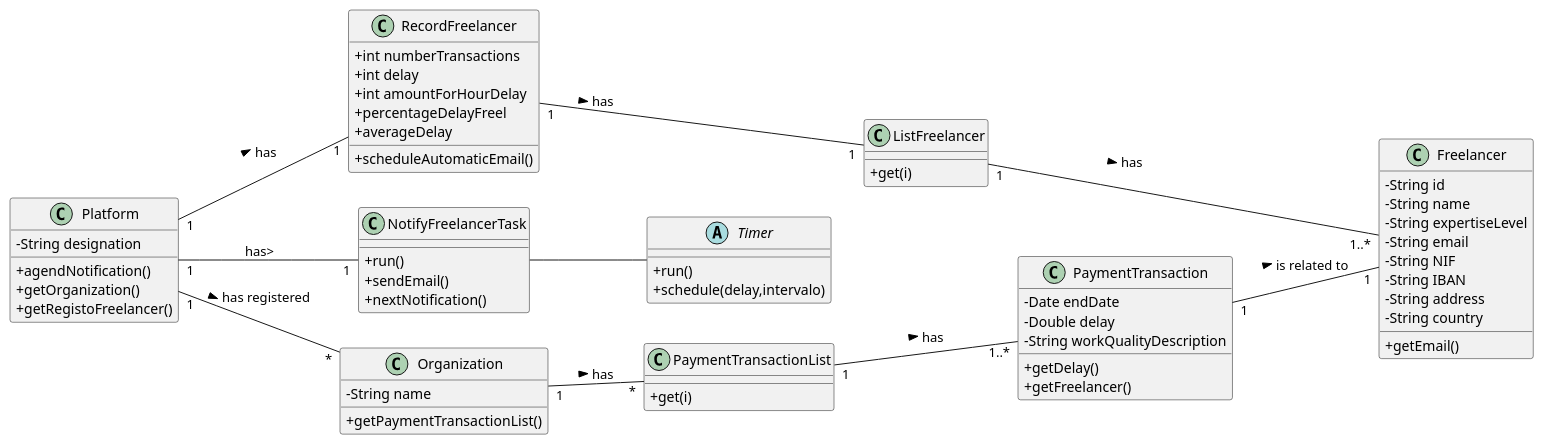
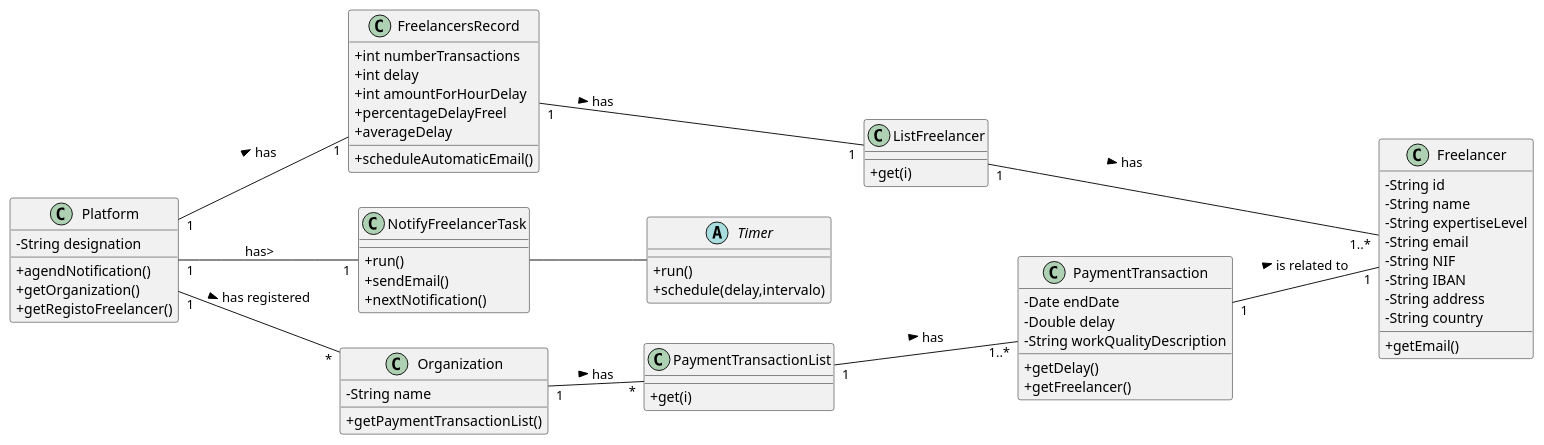
Before and after one commit to pedrolemos4/LAPR2: the diagram in docs/UC10 - Notify delayed freelancers (automatically)/UC10_CD.puml, drawn with PlantUML. The commit also changed 9 other files, not shown here.

```diff
--- a/docs/UC10 - Notify delayed freelancers (automatically)/UC10_CD.puml
+++ b/docs/UC10 - Notify delayed freelancers (automatically)/UC10_CD.puml
@@ -1,83 +1,83 @@
 @startuml
 skinparam classAttributeIconSize 0
 left to right direction
 
 class Platform {
   -String designation
   +agendNotification()
   +getOrganization()
   +getRegistoFreelancer()
 }
 
-class RecordFreelancer{
+class FreelancersRecord{
   +int numberTransactions
   +int delay
   +int amountForHourDelay
   +percentageDelayFreel
   +averageDelay
   +scheduleAutomaticEmail()
 }
 
 abstract Timer {
   +run()
   +schedule(delay,intervalo)
 }
 
 class NotifyFreelancerTask {
   +run() 
   +sendEmail()
   +nextNotification()
 }
 
 class Organization {
   -String name
   +getPaymentTransactionList()
 }
 
 class Freelancer {
   -String id
   -String name
   -String expertiseLevel
   -String email
   -String NIF
   -String IBAN
   -String address
   -String country
   +getEmail()
   }
 
 class PaymentTransaction{
  -Date endDate
  -Double delay
  -String workQualityDescription
   +getDelay()
   +getFreelancer()
 }
 
 class PaymentTransactionList {
   +get(i) 
 }
 
 class ListFreelancer {
   +get(i) 
 }
 
 
 Platform "1" -- "*" Organization : has registered >
 Platform "1" -- "1" NotifyFreelancerTask : has>
-Platform "1" -- "1" RecordFreelancer : has >
+Platform "1" -- "1" FreelancersRecord : has >
 
 NotifyFreelancerTask  --  Timer 
 
-RecordFreelancer "1" -- "1" ListFreelancer : has >
+FreelancersRecord "1" -- "1" ListFreelancer : has >
 
 ListFreelancer "1" -- "1..*" Freelancer : has >
 
 Organization "1" -- "*" PaymentTransactionList: has >
 
 PaymentTransaction "1" -- "1" Freelancer: is related to >
 
 PaymentTransactionList "1" -- "1..*" PaymentTransaction : has >
 
 
 @enduml
```
